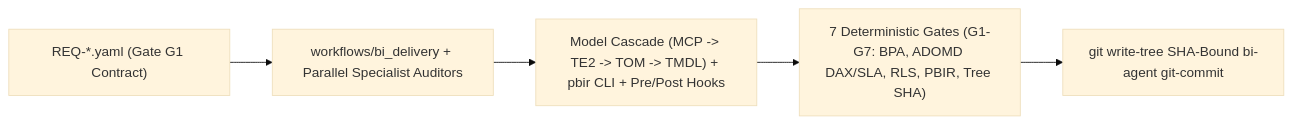
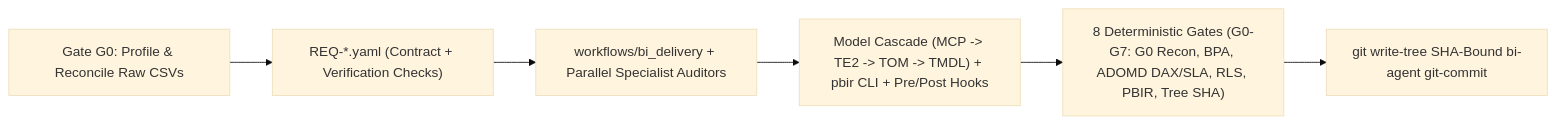
One commit to Shivansh9307/autonomous-bi-engineering-agent changed the diagram in README.md. Above: the diagram before and after it, drawn with Mermaid (base theme). The commit also changed other lines of this file and 40 other files, not shown here.

Commit message:
feat(v2): add Gate G0 data profiling and domain-agnostic verification contracts

````diff
--- a/README.md
+++ b/README.md
@@ -59,9 +59,10 @@
 ```mermaid
 flowchart LR
-    req["REQ-*.yaml (Gate G1 Contract)"]
+    raw["Gate G0: Profile & Reconcile Raw CSVs"]
+    req["REQ-*.yaml (Contract + Verification Checks)"]
     wf["workflows/bi_delivery + Parallel Specialist Auditors"]
     cascade["Model Cascade (MCP -> TE2 -> TOM -> TMDL) + pbir CLI + Pre/Post Hooks"]
-    gates["7 Deterministic Gates (G1-G7: BPA, ADOMD DAX/SLA, RLS, PBIR, Tree SHA)"]
+    gates["8 Deterministic Gates (G0-G7: G0 Recon, BPA, ADOMD DAX/SLA, RLS, PBIR, Tree SHA)"]
     commit["git write-tree SHA-Bound bi-agent git-commit"]
-    req --> wf --> cascade --> gates --> commit
+    raw --> req --> wf --> cascade --> gates --> commit
 ```
````
